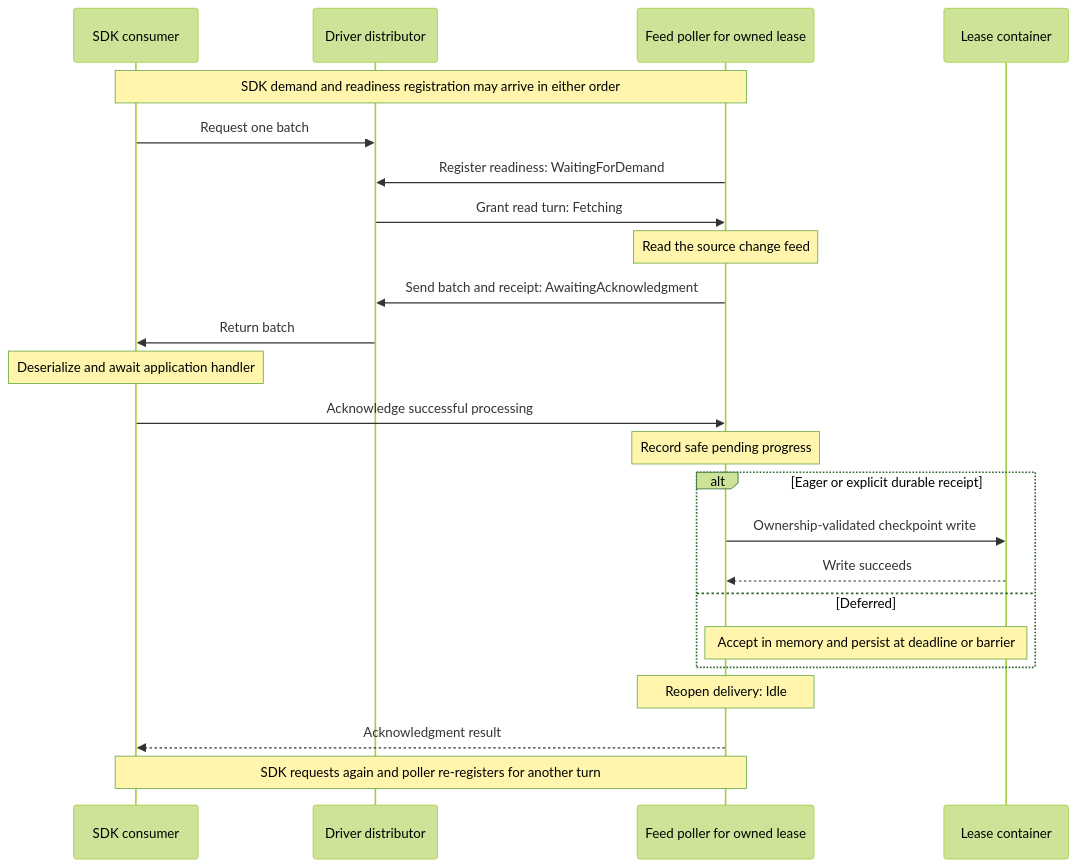
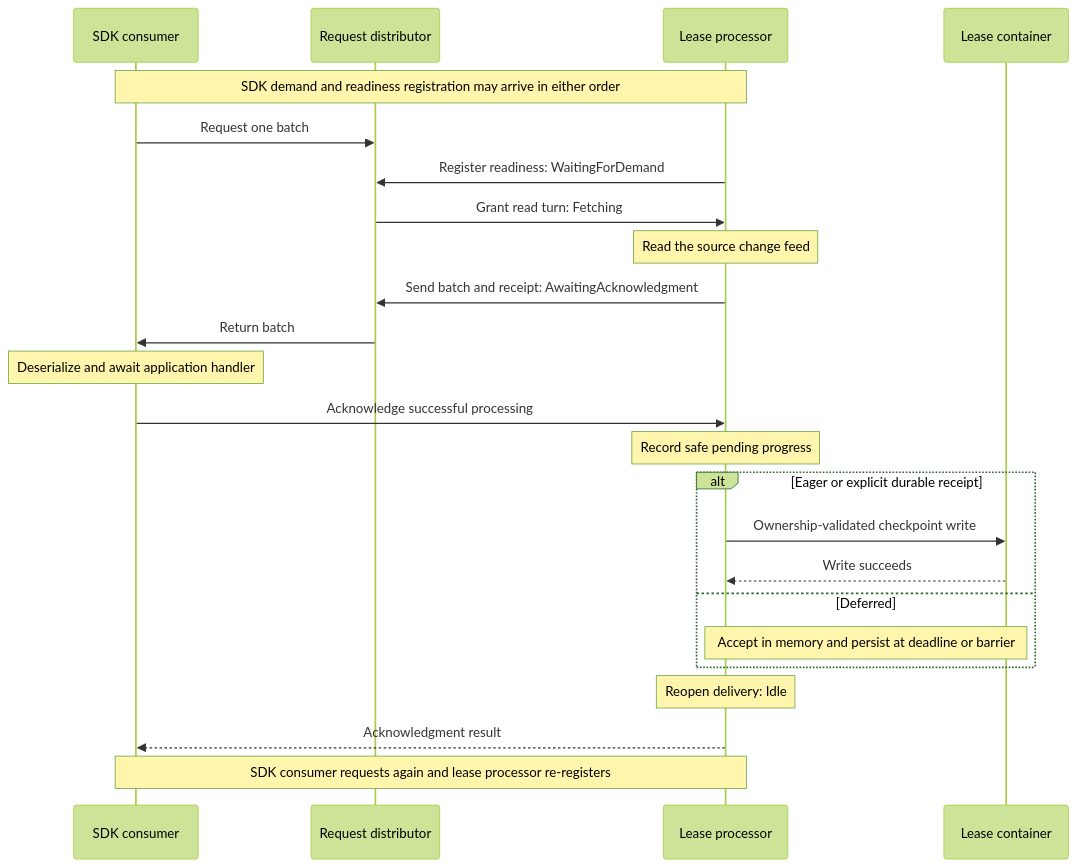
One commit to Azure/azure-sdk-for-rust changed the fourth of 5 diagrams in sdk/cosmos/docs/specs/0031-change-feed-processor.md. Above: the diagram before and after it, drawn with Mermaid (forest theme). The commit also changed other lines of this file, not shown here.

````diff
--- a/sdk/cosmos/docs/specs/0031-change-feed-processor.md
+++ b/sdk/cosmos/docs/specs/0031-change-feed-processor.md
@@ -1194,26 +1212,26 @@
 ```mermaid
 sequenceDiagram
     participant SDK as SDK consumer
-    participant D as Driver distributor
-    participant P as Feed poller for owned lease
+    participant D as Request distributor
+    participant P as Lease processor
     participant L as Lease container
     Note over SDK,P: SDK demand and readiness registration may arrive in either order
     SDK->>D: Request one batch
     P->>D: Register readiness: WaitingForDemand
     D->>P: Grant read turn: Fetching
     Note over P: Read the source change feed
     P->>D: Send batch and receipt: AwaitingAcknowledgment
     D->>SDK: Return batch
     Note over SDK: Deserialize and await application handler
     SDK->>P: Acknowledge successful processing
     Note over P: Record safe pending progress
     alt Eager or explicit durable receipt
         P->>L: Ownership-validated checkpoint write
         L-->>P: Write succeeds
     else Deferred
         Note over P,L: Accept in memory and persist at deadline or barrier
     end
     Note over P: Reopen delivery: Idle
     P-->>SDK: Acknowledgment result
-    Note over SDK,P: SDK requests again and poller re-registers for another turn
+    Note over SDK,P: SDK consumer requests again and lease processor re-registers
 ```
````
